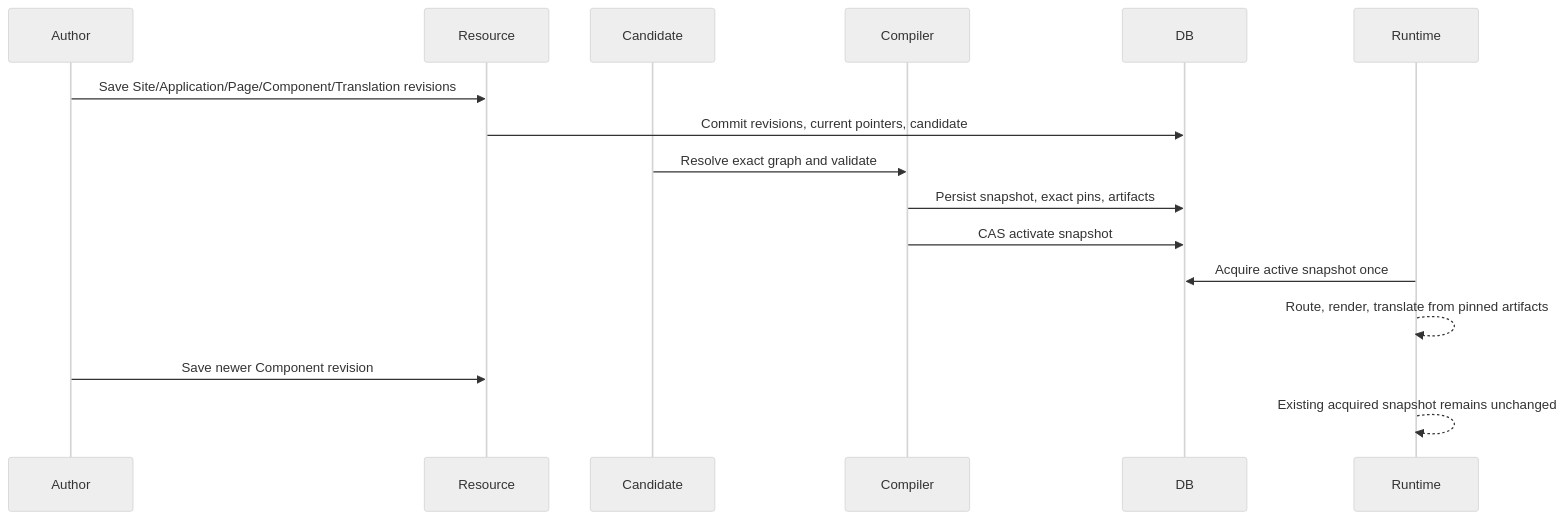
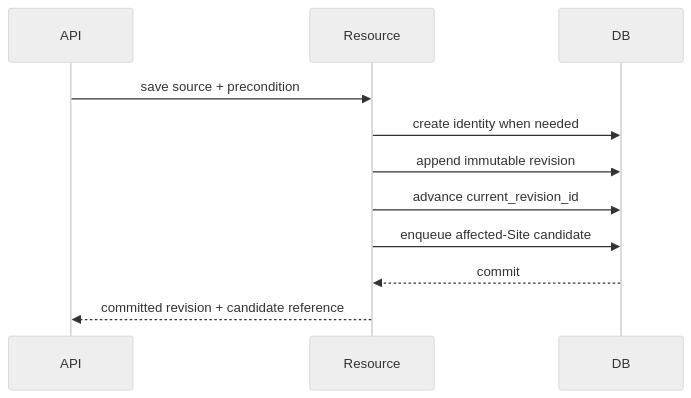
Before and after one commit to taskmigo/docs: the second of 4 diagrams in content/versions/v0/developer/development-instructions.mdx, drawn with Mermaid (neutral theme). The commit also changed other lines of this file and 25 other files, not shown here.

````diff
--- a/content/versions/v0/developer/development-instructions.mdx
+++ b/content/versions/v0/developer/development-instructions.mdx
@@ -523,19 +73,14 @@
 ```mermaid
 sequenceDiagram
-  participant Author
+  participant API
   participant Resource
-  participant Candidate
-  participant Compiler
   participant DB
-  participant Runtime
 
-  Author->>Resource: Save Site/Application/Page/Component/Translation revisions
-  Resource->>DB: Commit revisions, current pointers, candidate
-  Candidate->>Compiler: Resolve exact graph and validate
-  Compiler->>DB: Persist snapshot, exact pins, artifacts
-  Compiler->>DB: CAS activate snapshot
-  Runtime->>DB: Acquire active snapshot once
-  Runtime-->>Runtime: Route, render, translate from pinned artifacts
-  Author->>Resource: Save newer Component revision
-  Runtime-->>Runtime: Existing acquired snapshot remains unchanged
+  API->>Resource: save source + precondition
+  Resource->>DB: create identity when needed
+  Resource->>DB: append immutable revision
+  Resource->>DB: advance current_revision_id
+  Resource->>DB: enqueue affected-Site candidate
+  DB-->>Resource: commit
+  Resource-->>API: committed revision + candidate reference
 ```
````
